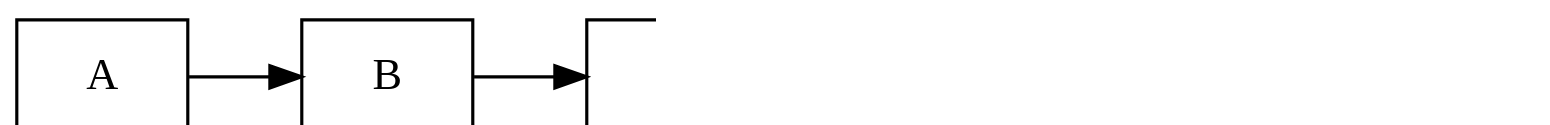
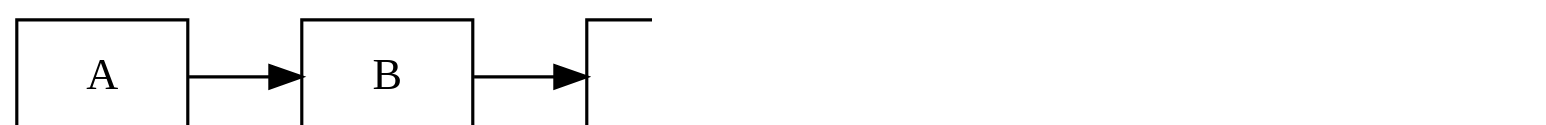
One commit to inponomarev/kstreams-testing-pitfalls changed the fourth of 10 diagrams in slides/src/main/asciidoc/lecture.adoc. Above: the diagram before and after it, drawn with Graphviz. The commit also changed other lines of this file and 2 other files, not shown here.

Commit message:
add diagrams

```diff
--- a/slides/src/main/asciidoc/lecture.adoc
+++ b/slides/src/main/asciidoc/lecture.adoc
@@ -206,18 +212,18 @@
-[graphviz,"wrong-topology.png"]
+[graphviz,"wrong-topology1.png"]
 ----
 digraph G {
 graph [ dpi = 180 ];
 rankdir="LR";
 node[shape=box];
 A1[label="A"];
 B1[label="B"];
 A2[label="A"];
 B2[label="B"];
 
 A1 -> B1 -> B2 ->A2 ;
 
 A2->Kafka;
 
-Kafka[label="reduce \n (a, b) -> <STOP>"]
+Kafka[label="reduce \n (a, b) → <STOP>"]
 }
 ----
```
